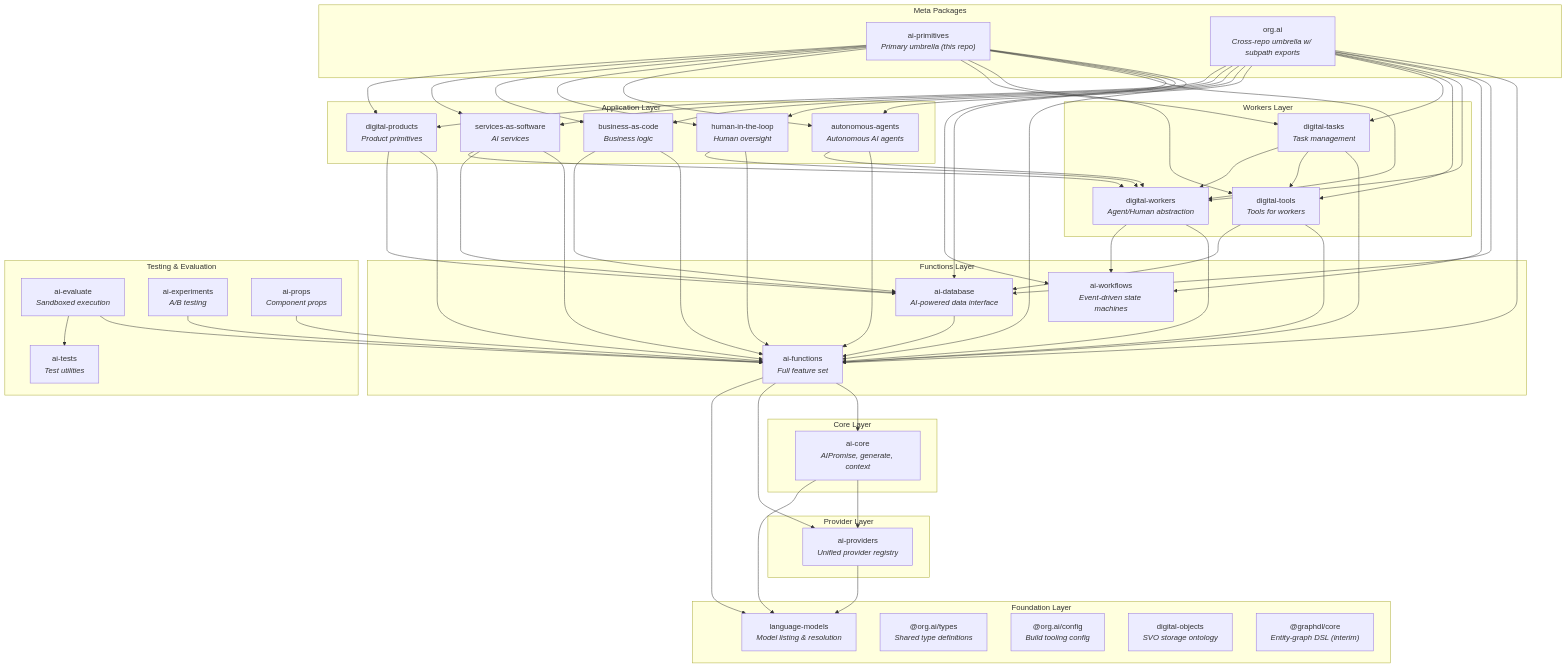
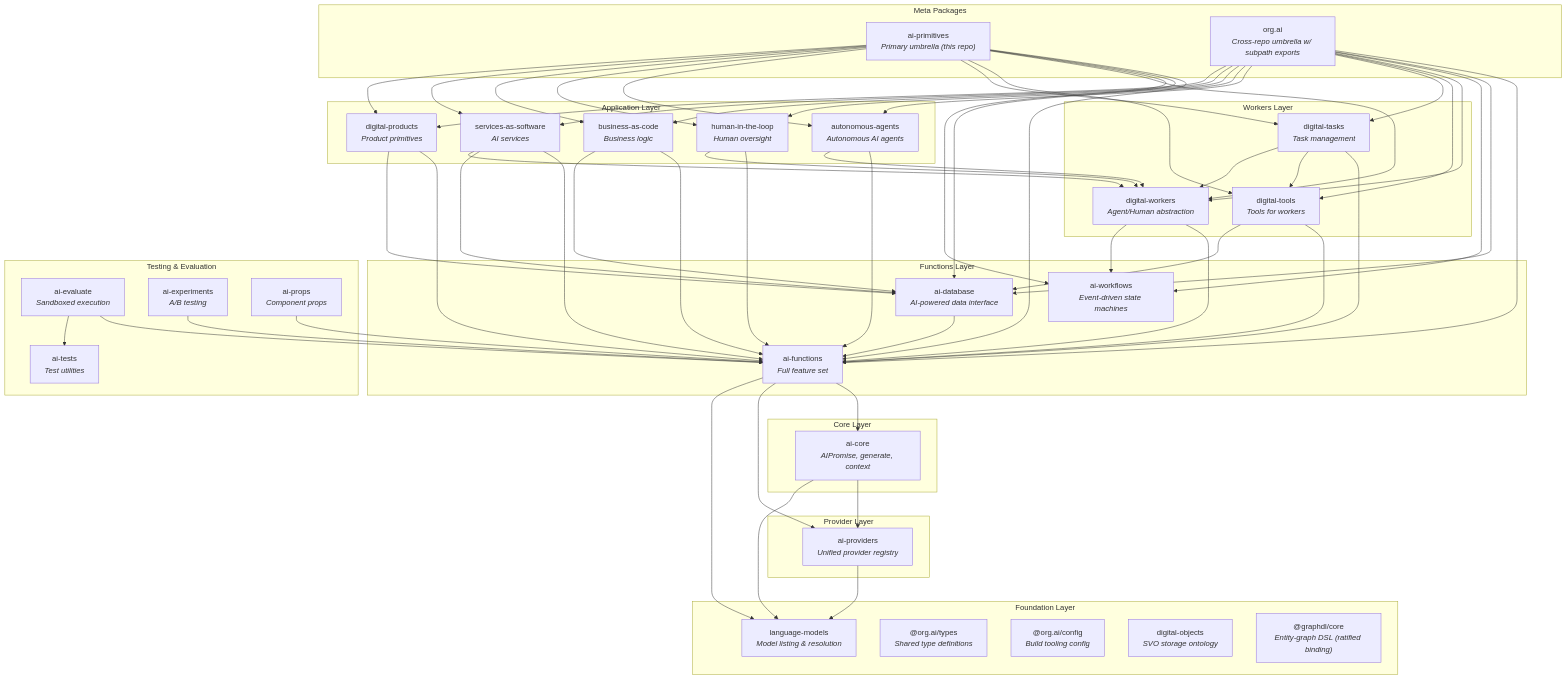
One commit to dot-org-ai/primitives.org.ai changed the diagram in ARCHITECTURE.md. Above: the diagram before and after it, drawn with Mermaid. The commit also changed other lines of this file and 3 other files, not shown here.

First line of the commit message:
docs: SG vocabulary — mount/workspace, verb axes, noun sources; graphdl interim label; AppDefinition demotion notes (#42)

```diff
--- a/ARCHITECTURE.md
+++ b/ARCHITECTURE.md
@@ -22,7 +22,7 @@
         types["@org.ai/types<br/><i>Shared type definitions</i>"]
         config["@org.ai/config<br/><i>Build tooling config</i>"]
         digital-objects["digital-objects<br/><i>SVO storage ontology</i>"]
-        graphdl["@graphdl/core<br/><i>Entity-graph DSL (interim)</i>"]
+        graphdl["@graphdl/core<br/><i>Entity-graph DSL (ratified binding)</i>"]
     end
 
     subgraph "Provider Layer"
```
